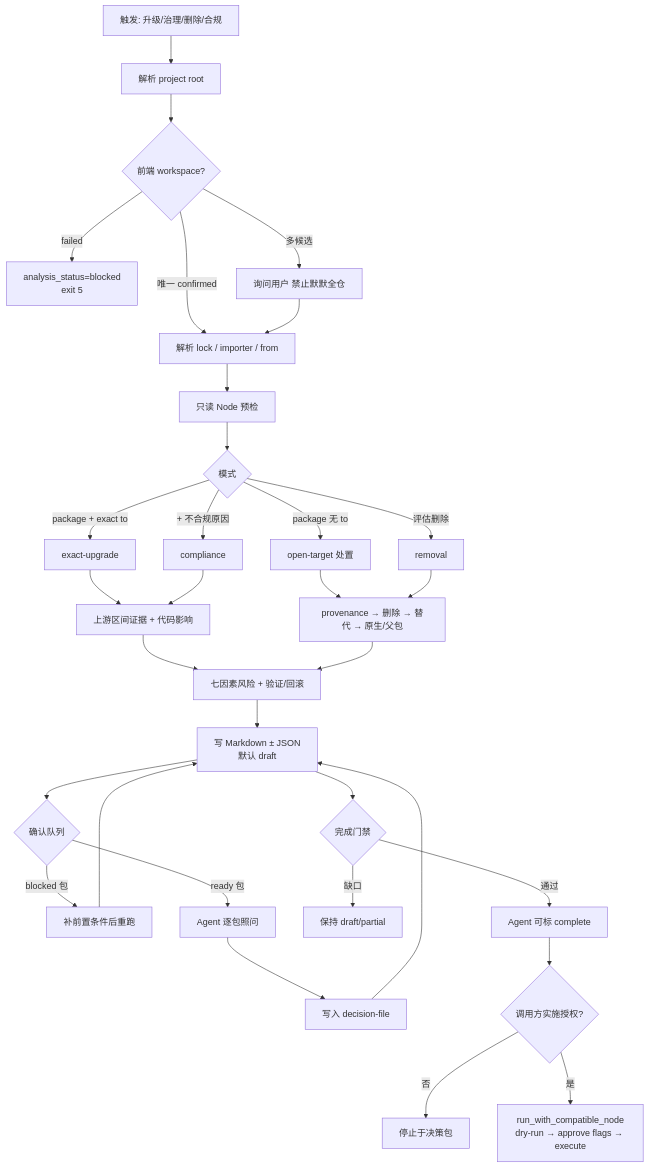
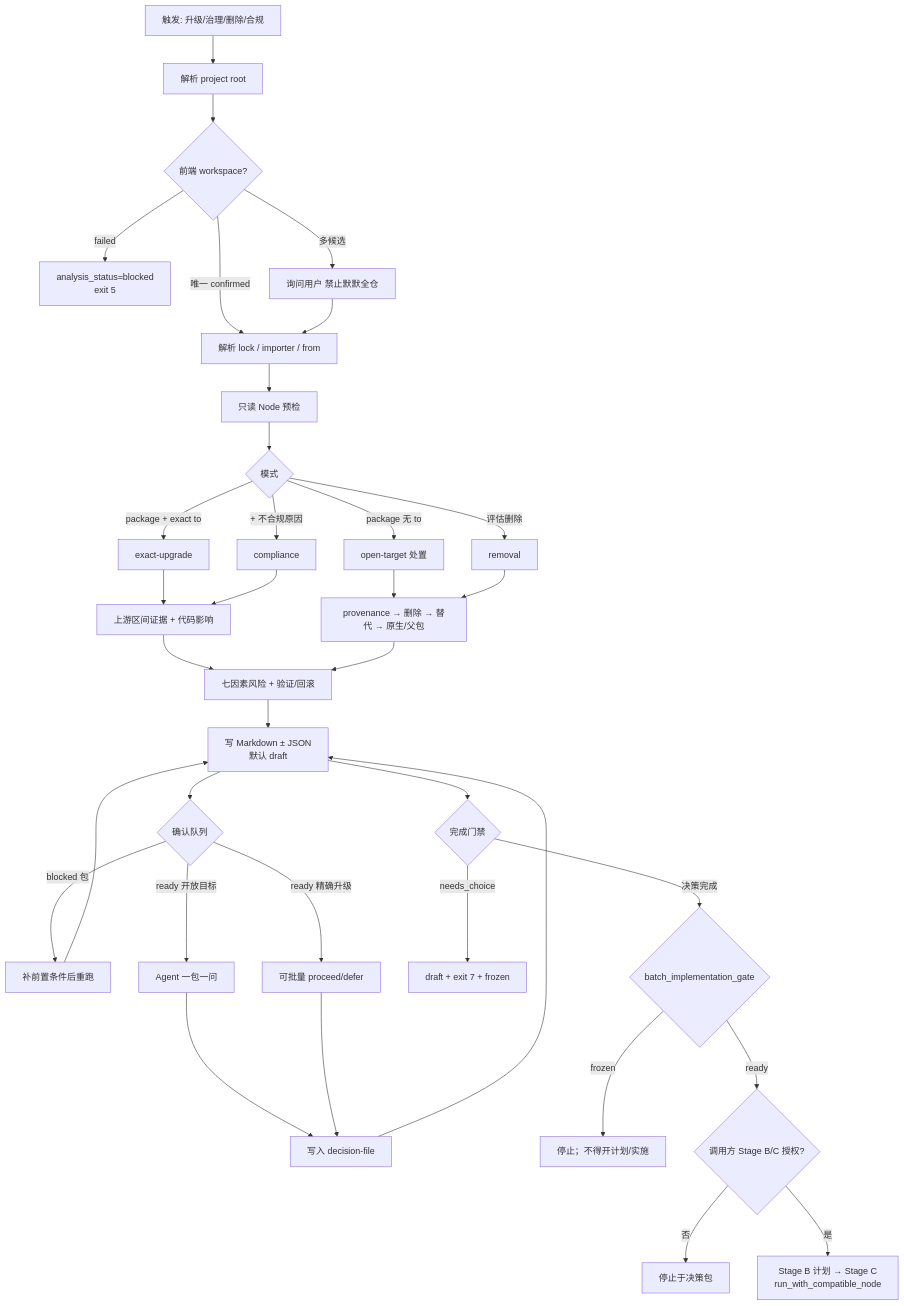
The first of 2 diagrams in docs/frontend-dependency-upgrade-impact-analysis-usage.md (zyjhandsome/skills), drawn with Mermaid before and after one commit. The commit also changed other lines of this file and 9 other files, not shown here.

First line of the commit message:
Add exact-upgrade proceed gate and batch implementation freeze.

````diff
--- a/docs/frontend-dependency-upgrade-impact-analysis-usage.md
+++ b/docs/frontend-dependency-upgrade-impact-analysis-usage.md
@@ -104,34 +105,37 @@
 ```mermaid
 flowchart TD
   A[触发: 升级/治理/删除/合规] --> B[解析 project root]
   B --> C{前端 workspace?}
   C -->|failed| Z1[analysis_status=blocked<br/>exit 5]
   C -->|多候选| Q1[询问用户 禁止默默全仓]
   C -->|唯一 confirmed| D[解析 lock / importer / from]
   Q1 --> D
   D --> E[只读 Node 预检]
   E --> F{模式}
   F -->|package + exact to| G[exact-upgrade]
   F -->|package 无 to| H[open-target 处置]
   F -->|+ 不合规原因| I[compliance]
   F -->|评估删除| J[removal]
   G --> K[上游区间证据 + 代码影响]
   H --> L[provenance → 删除 → 替代 → 原生/父包]
   I --> K
   J --> L
   K --> M[七因素风险 + 验证/回滚]
   L --> M
   M --> N[写 Markdown ± JSON<br/>默认 draft]
   N --> O{确认队列}
   O -->|blocked 包| P[补前置条件后重跑]
-  O -->|ready 包| R[Agent 逐包照问]
+  O -->|ready 开放目标| R[Agent 一包一问]
+  O -->|ready 精确升级| R2[可批量 proceed/defer]
   R --> S[写入 decision-file]
+  R2 --> S
   S --> N
   P --> N
   N --> T{完成门禁}
-  T -->|缺口| U[保持 draft/partial]
-  T -->|通过| V[Agent 可标 complete]
-  V --> W{调用方实施授权?}
-  W -->|否| X[停止于决策包]
-  W -->|是| Y[run_with_compatible_node<br/>dry-run → approve flags → execute]
+  T -->|needs_choice| U[draft + exit 7 + frozen]
+  T -->|决策完成| V{batch_implementation_gate}
+  V -->|frozen| X[停止；不得开计划/实施]
+  V -->|ready| W{调用方 Stage B/C 授权?}
+  W -->|否| X2[停止于决策包]
+  W -->|是| Y[Stage B 计划 → Stage C<br/>run_with_compatible_node]
 ```
````
